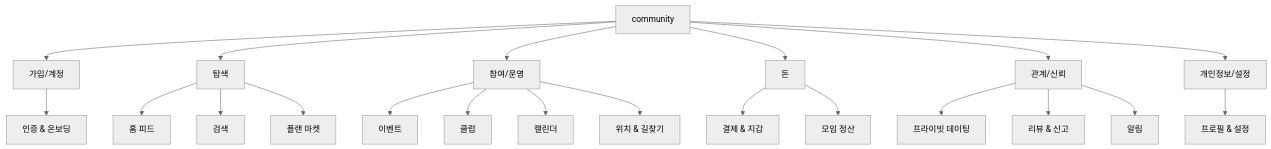
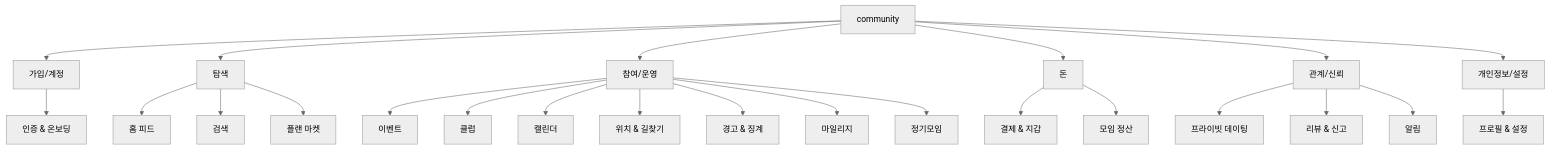
The diagram in prd/00_prd_items/03_information_architecture.md (endside82/business_logic), drawn with Mermaid (neutral theme) before and after one commit. The commit also changed other lines of this file and 97 other files, not shown here.

````diff
--- a/prd/00_prd_items/03_information_architecture.md
+++ b/prd/00_prd_items/03_information_architecture.md
@@ -18,23 +18,26 @@
 ```mermaid
 flowchart TD
     A["community"] --> B["가입/계정"]
     A --> C["탐색"]
     A --> D["참여/운영"]
     A --> E["돈"]
     A --> F["관계/신뢰"]
     A --> G["개인정보/설정"]
     B --> B1["인증 & 온보딩"]
     C --> C1["홈 피드"]
     C --> C2["검색"]
     C --> C3["플랜 마켓"]
     D --> D1["이벤트"]
     D --> D2["클럽"]
     D --> D3["캘린더"]
     D --> D4["위치 & 길찾기"]
+    D --> D5["경고 & 징계"]
+    D --> D6["마일리지"]
+    D --> D7["정기모임"]
     E --> E1["결제 & 지갑"]
     E --> E2["모임 정산"]
     F --> F1["프라이빗 데이팅"]
     F --> F2["리뷰 & 신고"]
     F --> F3["알림"]
     G --> G1["프로필 & 설정"]
 ```
````
